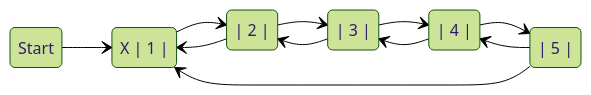
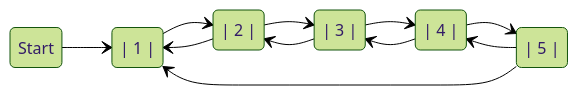
One commit to artghieri/Data-Structures-and-Algorithms-in-C changed diagram 19 of 20 in README.md. Above: the diagram before and after it, drawn with Mermaid (forest theme).

````diff
--- a/README.md
+++ b/README.md
@@ -1934,24 +1934,24 @@
 ```mermaid
 stateDiagram-v2
 	direction LR
 	s1 --> s2
 	s2 --> s3
 	s3 --> s2
 	
 	s3 --> s4
 	s4 --> s3
 
 	s4 --> s5
 	s5 --> s4
 
 	s5 --> s6
 	s6 --> s5
 	s6 --> s2
 
 	s1 : Start
-	s2 : X | 1 | 
+	s2 :  | 1 | 
 	s3 :  | 2 |  
 	s4 :  | 3 |  
 	s5 :  | 4 |  
 	s6 :  | 5 |  
 ```
````
